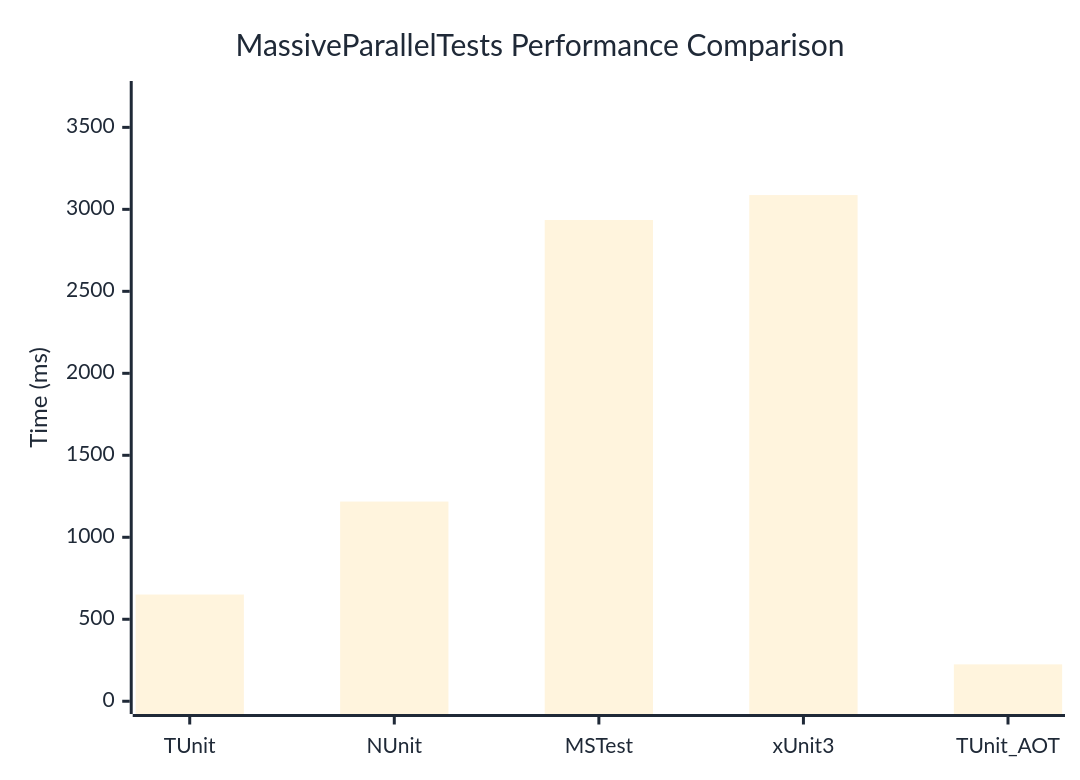
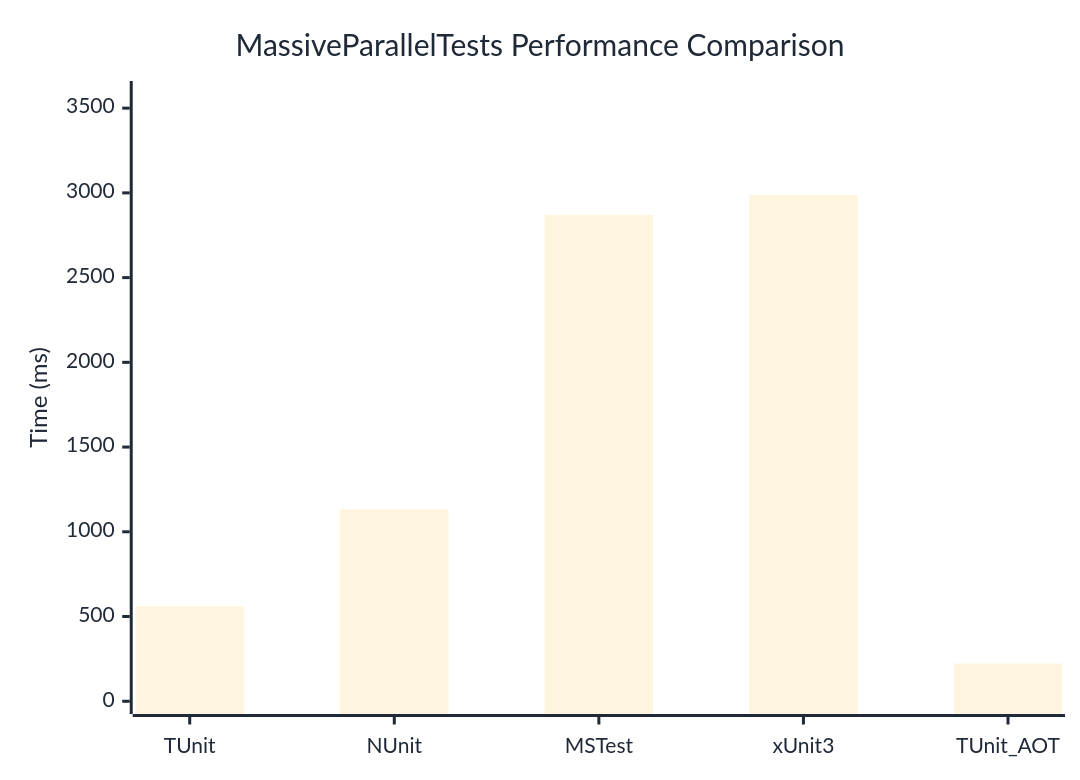
The diagram in docs/docs/benchmarks/MassiveParallelTests.md (thomhurst/TUnit), drawn with Mermaid before and after one commit. The commit also changed other lines of this file and 17 other files, not shown here.

````diff
--- a/docs/docs/benchmarks/MassiveParallelTests.md
+++ b/docs/docs/benchmarks/MassiveParallelTests.md
@@ -27,37 +27,37 @@
 ```mermaid
 %%{init: {
   'theme':'base',
   'themeVariables': {
     'primaryColor': '#2563eb',
     'primaryTextColor': '#1f2937',
     'primaryBorderColor': '#1e40af',
     'lineColor': '#6b7280',
     'secondaryColor': '#7c3aed',
     'tertiaryColor': '#dc2626',
     'background': '#ffffff',
     'mainBkg': '#2563eb',
     'secondBkg': '#7c3aed',
     'tertiaryBkg': '#dc2626',
     'clusterBkg': '#f3f4f6',
     'edgeLabelBackground': '#ffffff',
     'tertiaryTextColor': '#1f2937',
     'pie1': '#2563eb',
     'pie2': '#7c3aed',
     'pie3': '#dc2626',
     'pie4': '#f59e0b',
     'pie5': '#10b981',
     'pie6': '#06b6d4',
     'pie7': '#ec4899',
     'pie8': '#6366f1',
     'pie9': '#84cc16',
     'pie10': '#f97316',
     'pie11': '#14b8a6',
     'pie12': '#a855f7'
   }
 }}%%
 xychart-beta
   title "MassiveParallelTests Performance Comparison"
   x-axis ["TUnit", "NUnit", "MSTest", "xUnit3", "TUnit_AOT"]
-  y-axis "Time (ms)" 0 --> 3705
-  bar [650.9, 1217.9, 2934.9, 3087.1, 225]
+  y-axis "Time (ms)" 0 --> 3585
+  bar [559.4, 1132.4, 2870.1, 2987.5, 222.5]
 ```
````
